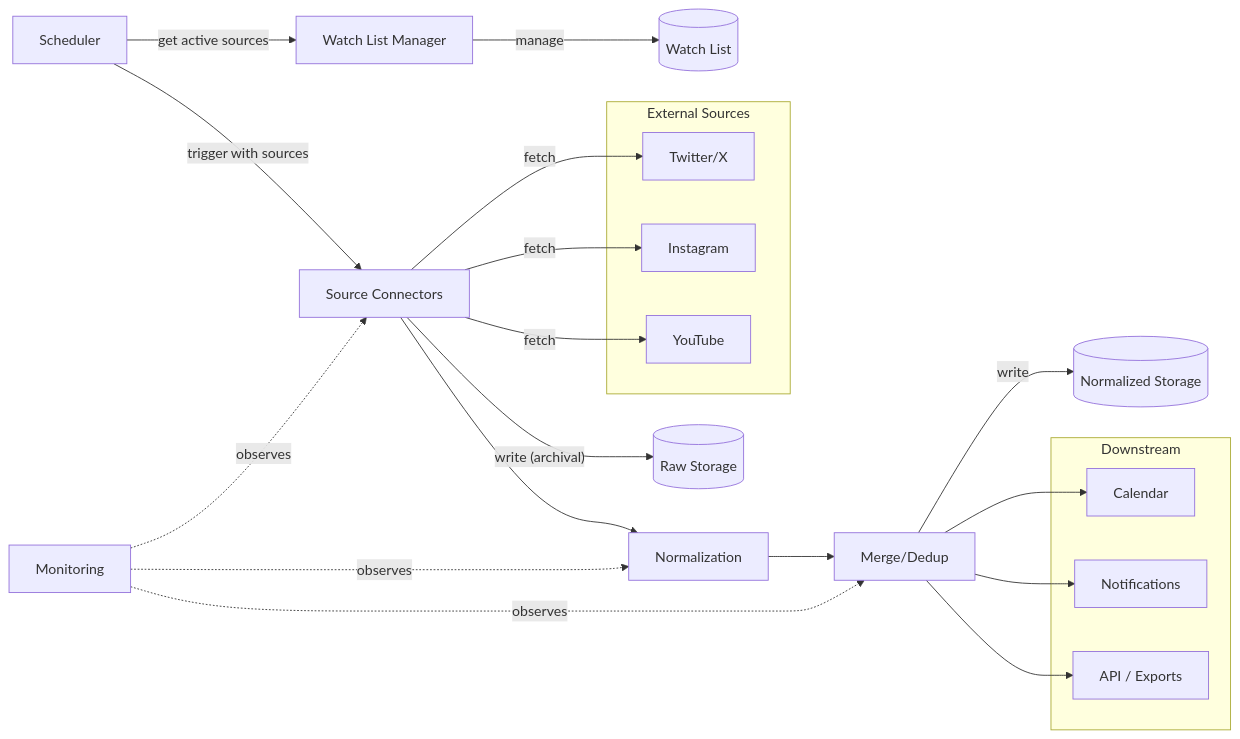
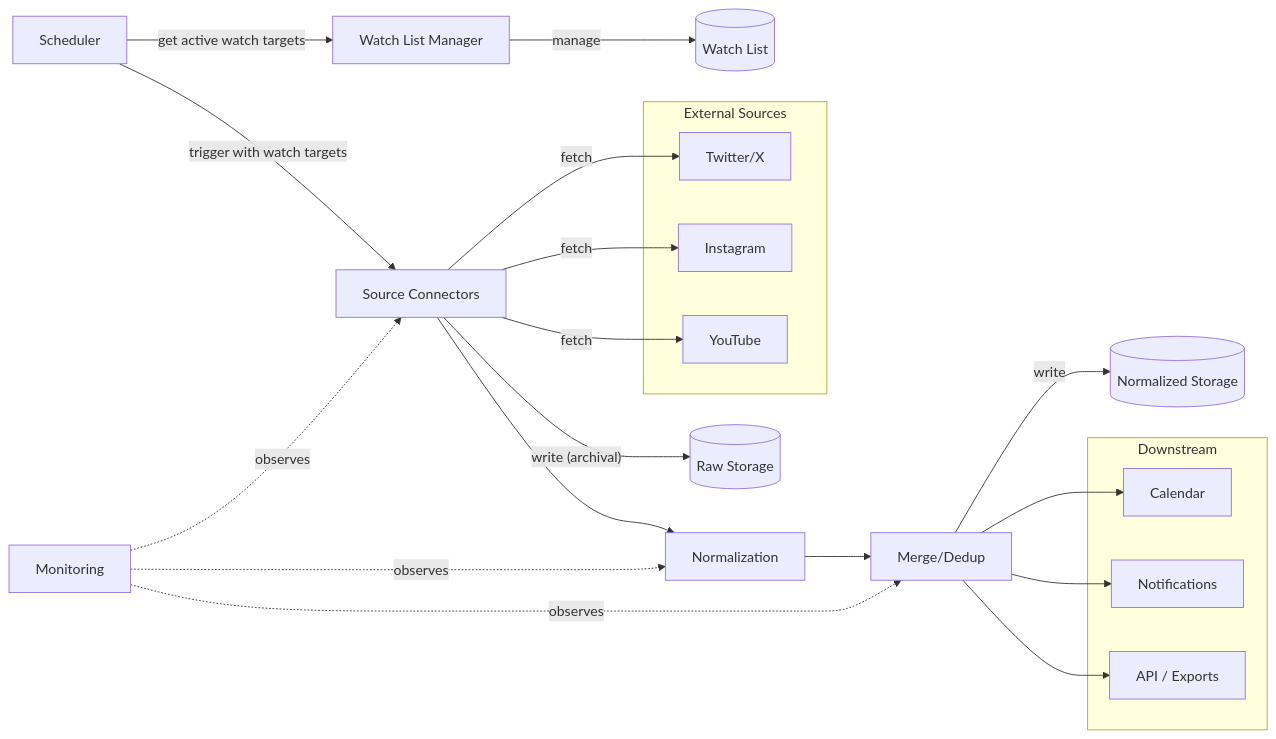
One commit to d4n1elchen/oshikatsu changed the diagram in ARCHITECTURE.md. Above: the diagram before and after it, drawn with Mermaid. The commit also changed other lines of this file and 2 other files, not shown here.

Commit message:
docs: clarify architecture components, refine implementation terminology, and update tech stack notes

````diff
--- a/ARCHITECTURE.md
+++ b/ARCHITECTURE.md
@@ -9,39 +9,39 @@
 ```mermaid
 flowchart LR
     subgraph Sources["External Sources"]
         TW["Twitter/X"]
         IG["Instagram"]
         YT["YouTube"]
     end
 
     WLM["Watch List Manager"]
     SCHED["Scheduler"]
 
     SC["Source Connectors"]
     NE["Normalization"]
     MD["Merge/Dedup"]
 
     WL[("Watch List")]
     RAW[("Raw Storage")]
     NORM[("Normalized Storage")]
 
     subgraph Downstream
         CAL["Calendar"]
         NOTIF["Notifications"]
         API["API / Exports"]
     end
 
     MON["Monitoring"]
 
     WLM -- "manage" --> WL
-    SCHED -- "get active sources" --> WLM
-    SCHED -- "trigger with sources" --> SC
+    SCHED -- "get active watch targets" --> WLM
+    SCHED -- "trigger with watch targets" --> SC
     SC -- "fetch" --> TW & IG & YT
 
     SC -- "write (archival)" --> RAW
     SC --> NE --> MD
     MD -- "write" --> NORM
     MD --> CAL & NOTIF & API
 
     MON -. "observes" .-> SC & NE & MD
 ```
````
